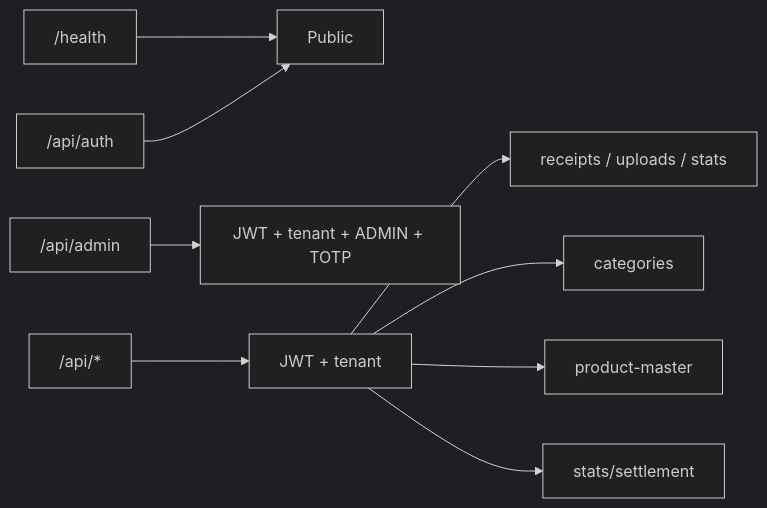
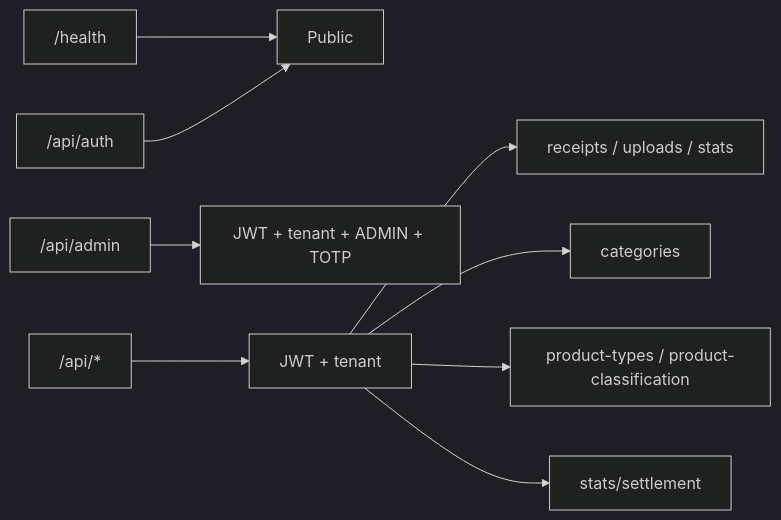
Before and after one commit to yama180sx/receipt-ai-app: the first of 3 diagrams in docs/design/api-spec.md, drawn with Mermaid (dark theme). The commit also changed other lines of this file and 13 other files, not shown here.

````diff
--- a/docs/design/api-spec.md
+++ b/docs/design/api-spec.md
@@ -31,11 +31,11 @@
 ```mermaid
 flowchart LR
     H["/health"] --> Public
     A["/api/auth"] --> Public
     AD["/api/admin"] --> Admin["JWT + tenant + ADMIN + TOTP"]
     P["/api/*"] --> Protected["JWT + tenant"]
     Protected --> R[receipts / uploads / stats]
     Protected --> C[categories]
-    Protected --> PM[product-master]
+    Protected --> PC[product-types / product-classification]
     Protected --> S[stats/settlement]
 ```
````
